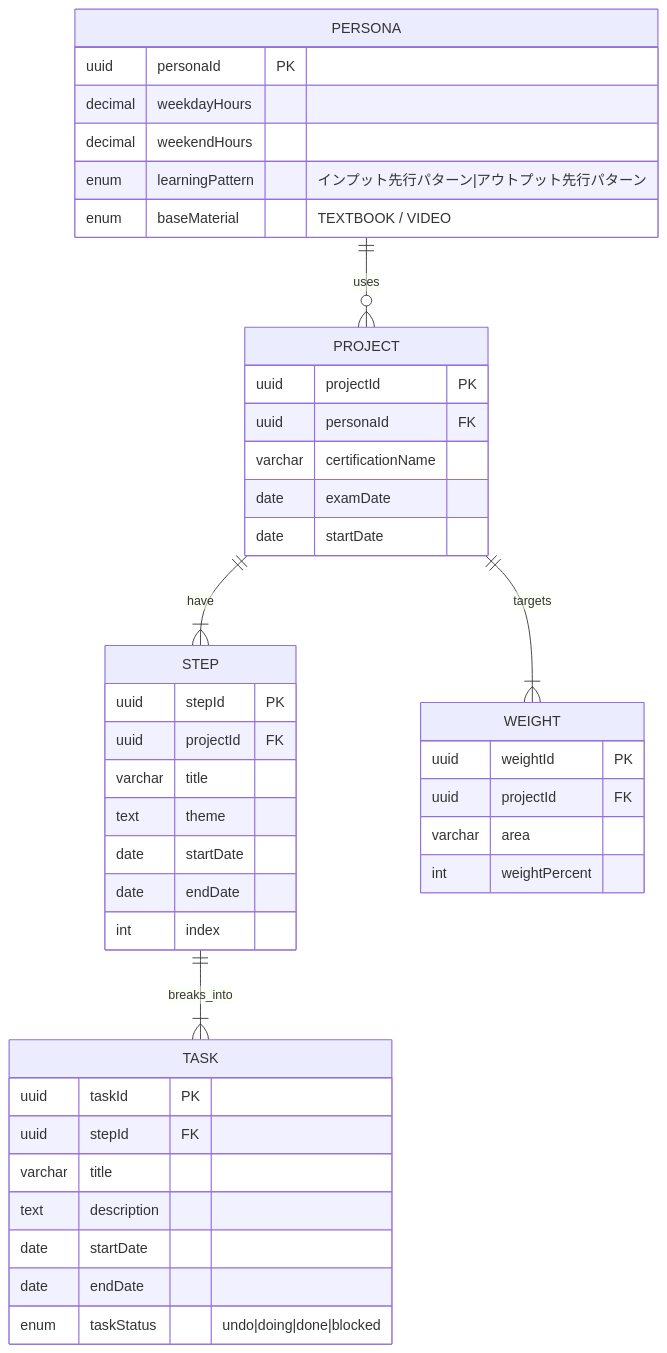
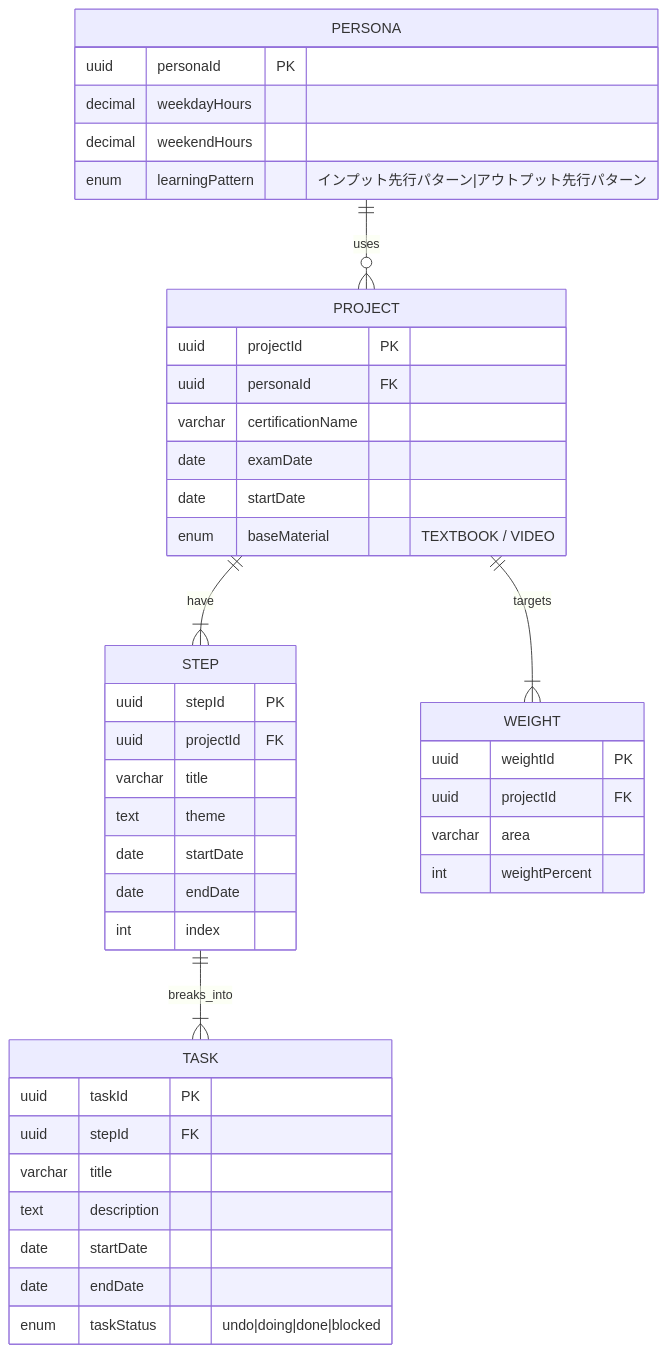
One commit to study-basic-hackathon/lazy-bear changed the diagram in docs/設計/erDiagram.md. Above: the diagram before and after it, drawn with Mermaid. The commit also changed other lines of this file, not shown here.

Commit message:
baseMaterialをprojectに戻す

````diff
--- a/docs/設計/erDiagram.md
+++ b/docs/設計/erDiagram.md
@@ -3,50 +3,50 @@
 ```mermaid
 erDiagram
     PROJECT ||--|{ STEP : have
     STEP ||--|{ TASK : breaks_into
     PERSONA ||--o{ PROJECT : uses
     PROJECT ||--|{ WEIGHT : targets
 
     PROJECT {
         uuid projectId PK
         uuid personaId FK
         varchar certificationName
         date examDate
         date startDate
+        enum baseMaterial "TEXTBOOK / VIDEO"
     }
 
     STEP {
         uuid stepId PK
         uuid projectId FK
         varchar title
         text theme
         date startDate
         date endDate
         int index
     }
 
     TASK {
         uuid taskId PK
         uuid stepId FK
         varchar title
         text description
         date startDate
         date endDate
         enum taskStatus "undo|doing|done|blocked"
     }
 
     PERSONA {
         uuid personaId PK
         decimal weekdayHours
         decimal weekendHours
         enum learningPattern "インプット先行パターン|アウトプット先行パターン"
-        enum baseMaterial "TEXTBOOK / VIDEO"
     }
 
     WEIGHT {
         uuid weightId PK
         uuid projectId FK
         varchar area
         int weightPercent
     }
 ```
````
